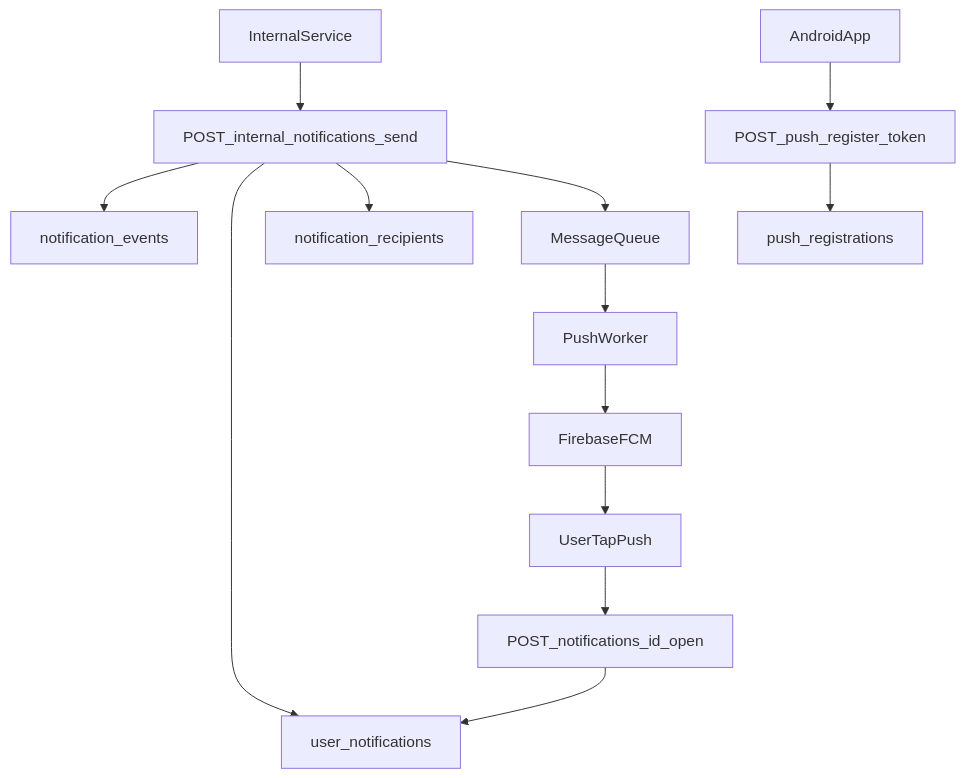
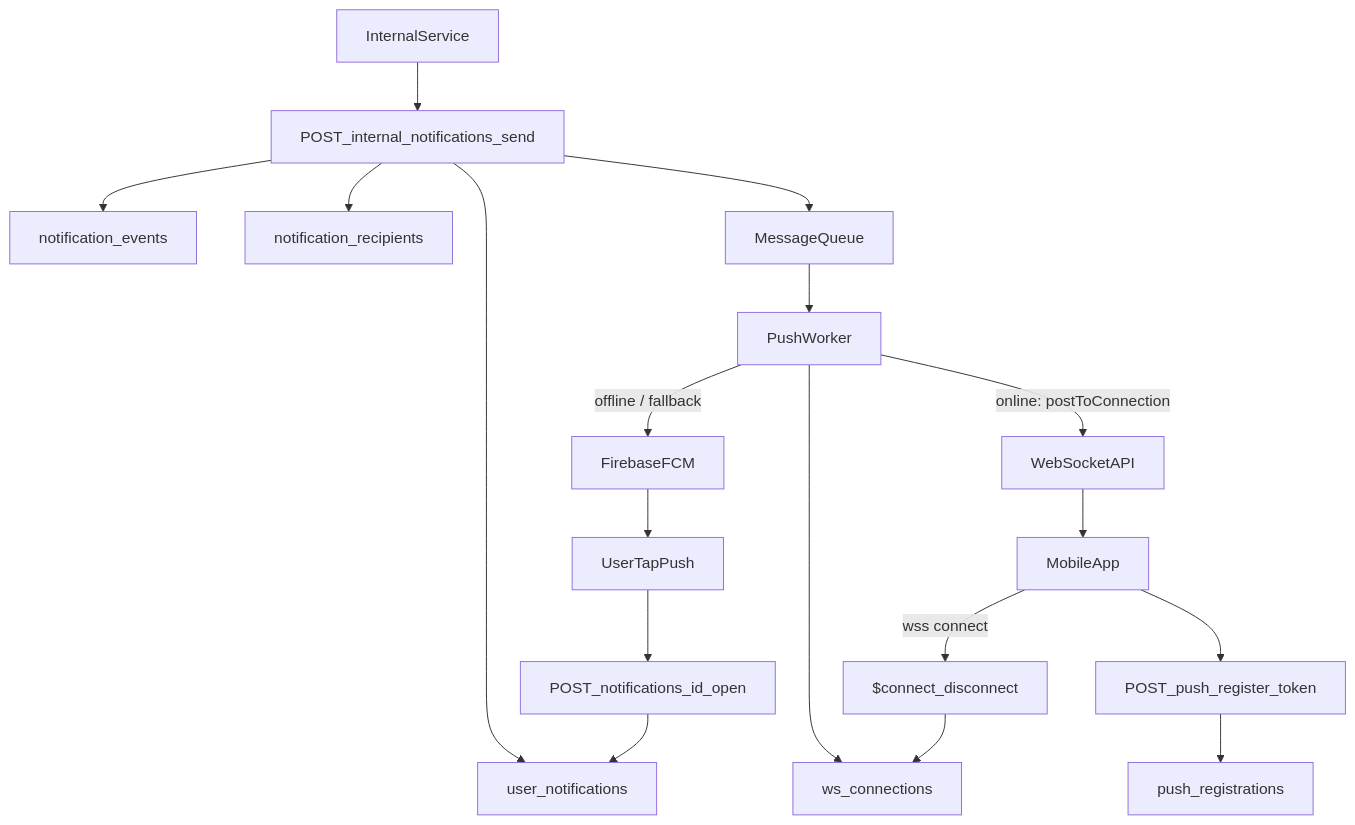
The first of 3 diagrams in docs/notification-flow.md (rickychang0328/android_mvvm_arch), drawn with Mermaid before and after one commit. The commit also changed other lines of this file and 6 other files, not shown here.

````diff
--- a/docs/notification-flow.md
+++ b/docs/notification-flow.md
@@ -43,15 +43,20 @@
 ```mermaid
 flowchart TD
     internalCaller[InternalService] --> sendApi[POST_internal_notifications_send]
     sendApi --> eventTable[notification_events]
     sendApi --> inboxTable[user_notifications]
     sendApi --> recipientTable[notification_recipients]
     sendApi --> queue[MessageQueue]
     queue --> pushWorker[PushWorker]
-    pushWorker --> fcm[FirebaseFCM]
-    app[AndroidApp] --> registerApi[POST_push_register_token]
+    pushWorker --> connTable[ws_connections]
+    pushWorker -->|"online: postToConnection"| wsApi[WebSocketAPI]
+    pushWorker -->|"offline / fallback"| fcm[FirebaseFCM]
+    wsApi --> app[MobileApp]
+    app -->|"wss connect"| wsConnect[$connect_disconnect]
+    wsConnect --> connTable
+    app --> registerApi[POST_push_register_token]
     registerApi --> regTable[push_registrations]
     fcm --> tapEvent[UserTapPush]
     tapEvent --> openApi[POST_notifications_id_open]
     openApi --> inboxTable
 ```
````
